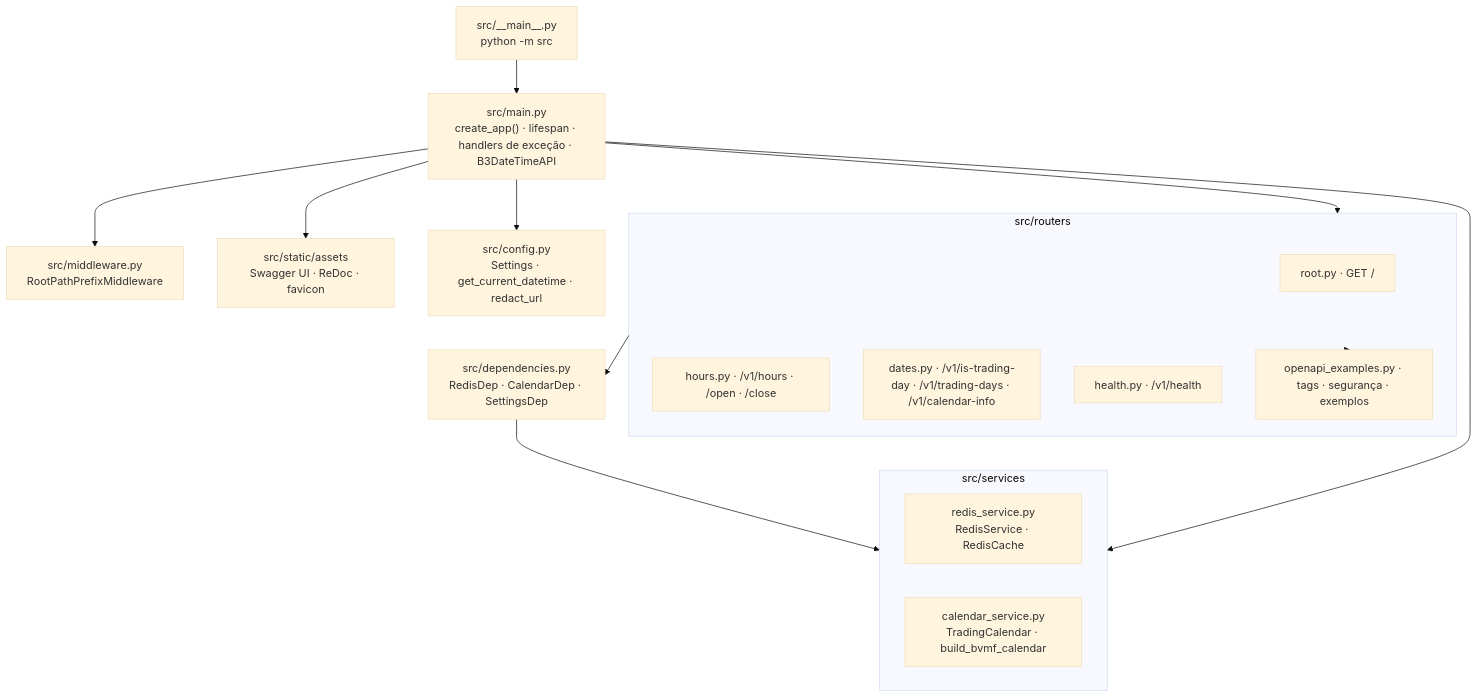
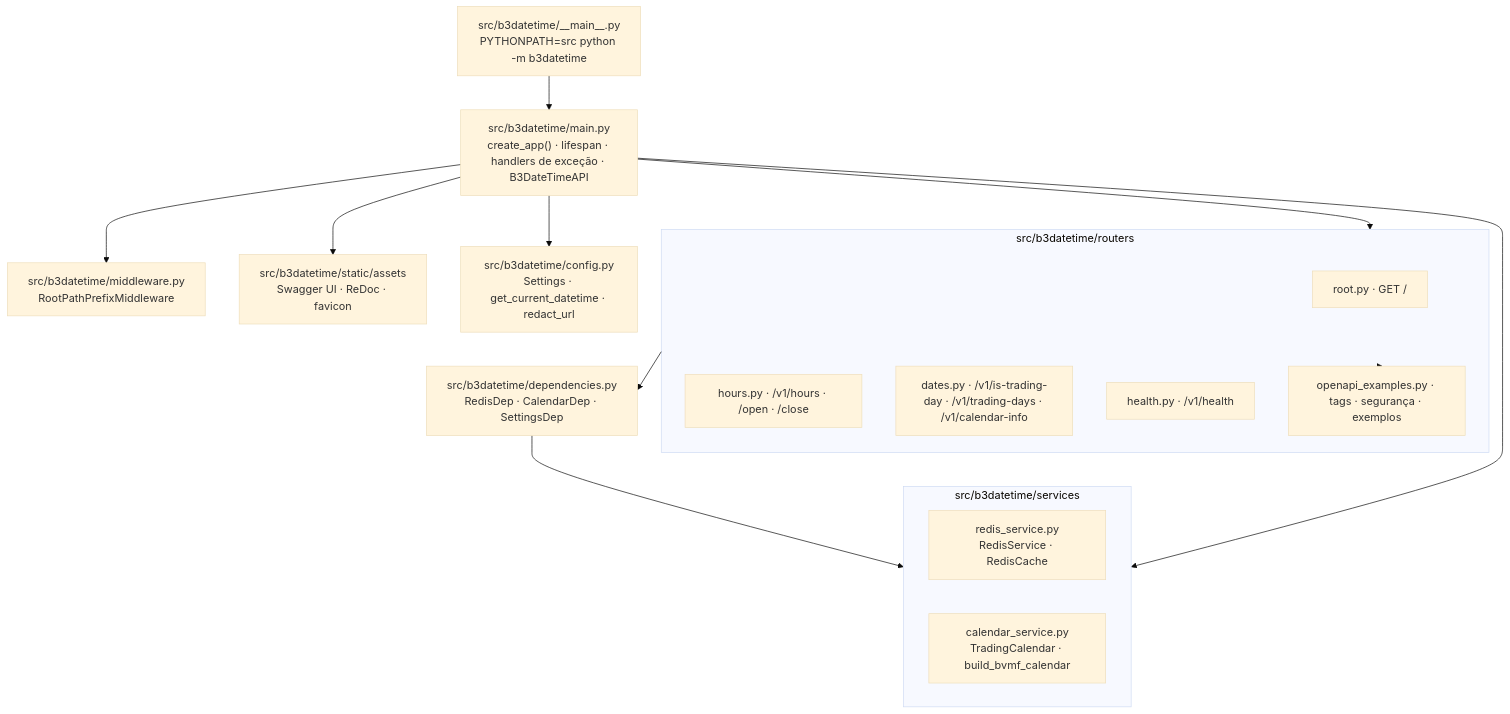
The second of 7 diagrams in README.md (rlquilez/b3datetime), drawn with Mermaid (base theme) before and after one commit. The commit also changed other lines of this file and 44 other files, not shown here.

First line of the commit message:
refactor: layout src padrão com o pacote b3datetime em src/b3datetime

````diff
--- a/README.md
+++ b/README.md
@@ -125,24 +125,24 @@
 ```mermaid
 flowchart TB
-    main["src/main.py<br/>create_app() · lifespan · handlers de exceção · B3DateTimeAPI"]
-    cfg["src/config.py<br/>Settings · get_current_datetime · redact_url"]
-    mw["src/middleware.py<br/>RootPathPrefixMiddleware"]
-    dep["src/dependencies.py<br/>RedisDep · CalendarDep · SettingsDep"]
-    subgraph routers["src/routers"]
+    main["src/b3datetime/main.py<br/>create_app() · lifespan · handlers de exceção · B3DateTimeAPI"]
+    cfg["src/b3datetime/config.py<br/>Settings · get_current_datetime · redact_url"]
+    mw["src/b3datetime/middleware.py<br/>RootPathPrefixMiddleware"]
+    dep["src/b3datetime/dependencies.py<br/>RedisDep · CalendarDep · SettingsDep"]
+    subgraph routers["src/b3datetime/routers"]
         root["root.py · GET /"]
         hours["hours.py · /v1/hours · /open · /close"]
         dates["dates.py · /v1/is-trading-day · /v1/trading-days · /v1/calendar-info"]
         health["health.py · /v1/health"]
         ex["openapi_examples.py · tags · segurança · exemplos"]
     end
-    subgraph services["src/services"]
+    subgraph services["src/b3datetime/services"]
         redis["redis_service.py<br/>RedisService · RedisCache"]
         cal["calendar_service.py<br/>TradingCalendar · build_bvmf_calendar"]
     end
-    static["src/static/assets<br/>Swagger UI · ReDoc · favicon"]
-    entry["src/__main__.py<br/>python -m src"]
+    static["src/b3datetime/static/assets<br/>Swagger UI · ReDoc · favicon"]
+    entry["src/b3datetime/__main__.py<br/>PYTHONPATH=src python -m b3datetime"]
     main --> mw & routers & static & services & cfg
     routers --> dep --> services
     routers --> ex
     entry --> main
 ```
````
